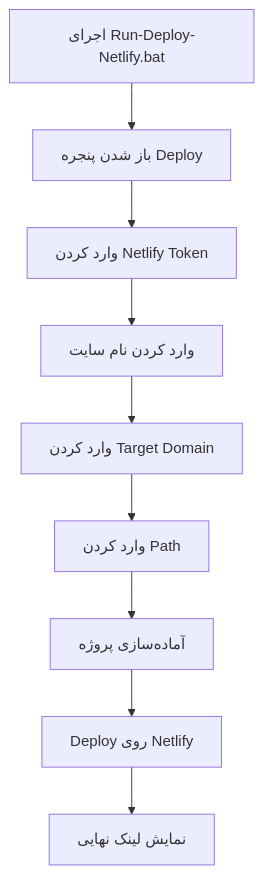
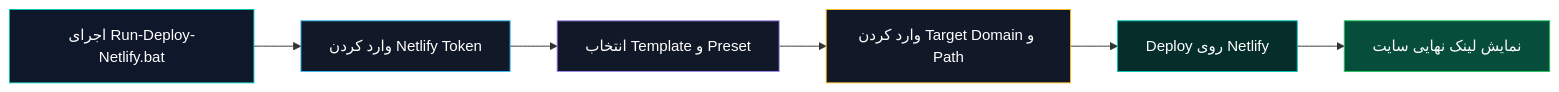
The diagram in README.md (amirshaker000/netlify-relay), drawn with Mermaid before and after one commit. The commit also changed other lines of this file, not shown here.

````diff
--- a/README.md
+++ b/README.md
@@ -147,11 +93,15 @@
 ```mermaid
-flowchart TD
-    A[اجرای Run-Deploy-Netlify.bat] --> B[باز شدن پنجره Deploy]
-    B --> C[وارد کردن Netlify Token]
-    C --> D[وارد کردن نام سایت]
-    D --> E[وارد کردن Target Domain]
-    E --> F[وارد کردن Path]
-    F --> G[آماده‌سازی پروژه]
-    G --> H[Deploy روی Netlify]
-    H --> I[نمایش لینک نهایی]
+flowchart LR
+    A[اجرای Run-Deploy-Netlify.bat] --> B[وارد کردن Netlify Token]
+    B --> C[انتخاب Template و Preset]
+    C --> D[وارد کردن Target Domain و Path]
+    D --> E[Deploy روی Netlify]
+    E --> F[نمایش لینک نهایی سایت]
+
+    style A fill:#0f172a,stroke:#00C7B7,color:#fff
+    style B fill:#111827,stroke:#38bdf8,color:#fff
+    style C fill:#111827,stroke:#a78bfa,color:#fff
+    style D fill:#111827,stroke:#fbbf24,color:#fff
+    style E fill:#052e2b,stroke:#00C7B7,color:#fff
+    style F fill:#064e3b,stroke:#22c55e,color:#fff
 ```
````
